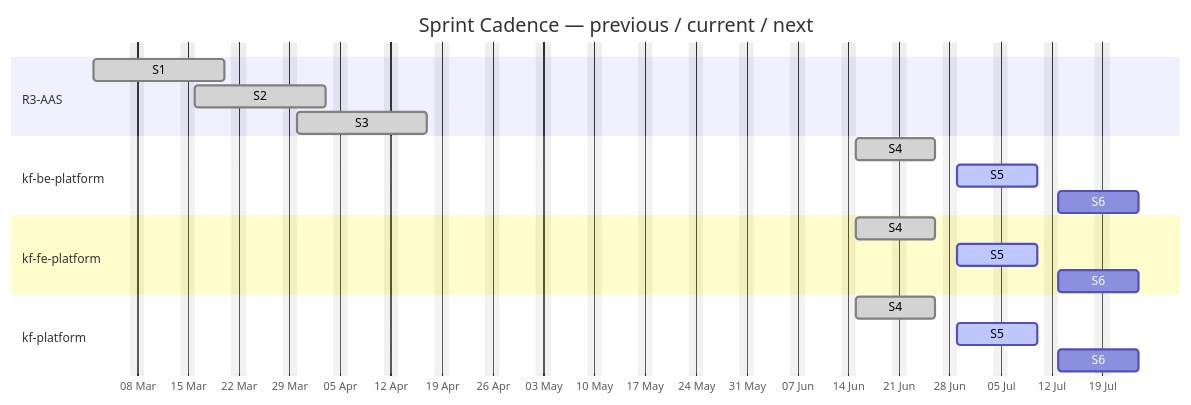
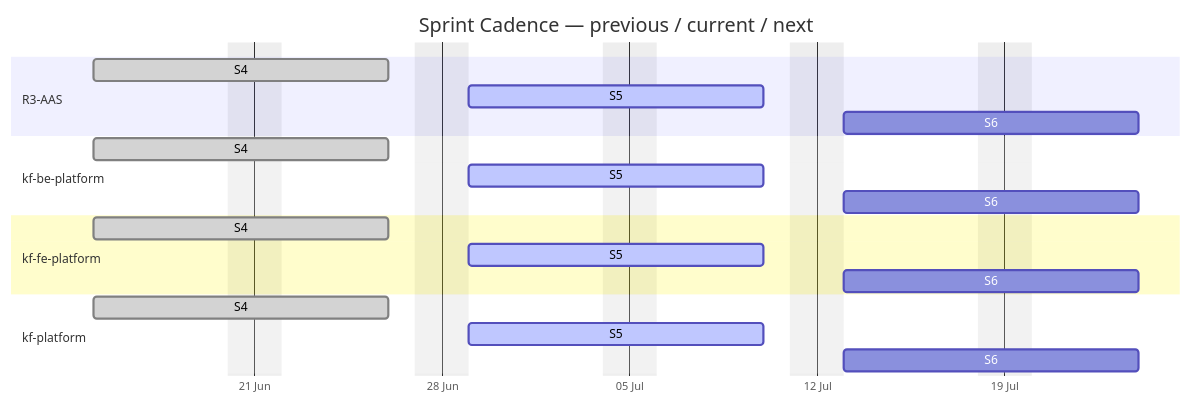
Before and after one commit to Katty-Fashion/kf-cpto: the first of 4 diagrams in docs/agile-sprints.md, drawn with Mermaid. The commit also changed other lines of this file and 12 other files, not shown here.

````diff
--- a/docs/agile-sprints.md
+++ b/docs/agile-sprints.md
@@ -12,24 +12,24 @@
 ```mermaid
 gantt
     title Sprint Cadence — previous / current / next
     dateFormat YYYY-MM-DD
     axisFormat %d %b
     excludes weekends
 
     section R3-AAS
-    S1 :done, 2026-03-02, 2026-03-20
-    S2 :done, 2026-03-16, 2026-04-03
-    S3 :done, 2026-03-30, 2026-04-17
+    S4 :done, 2026-06-15, 2026-06-26
+    S5 :active, 2026-06-29, 2026-07-10
+    S6 :2026-07-13, 2026-07-24
     section kf-be-platform
     S4 :done, 2026-06-15, 2026-06-26
     S5 :active, 2026-06-29, 2026-07-10
     S6 :2026-07-13, 2026-07-24
     section kf-fe-platform
     S4 :done, 2026-06-15, 2026-06-26
     S5 :active, 2026-06-29, 2026-07-10
     S6 :2026-07-13, 2026-07-24
     section kf-platform
     S4 :done, 2026-06-15, 2026-06-26
     S5 :active, 2026-06-29, 2026-07-10
     S6 :2026-07-13, 2026-07-24
 ```
````
